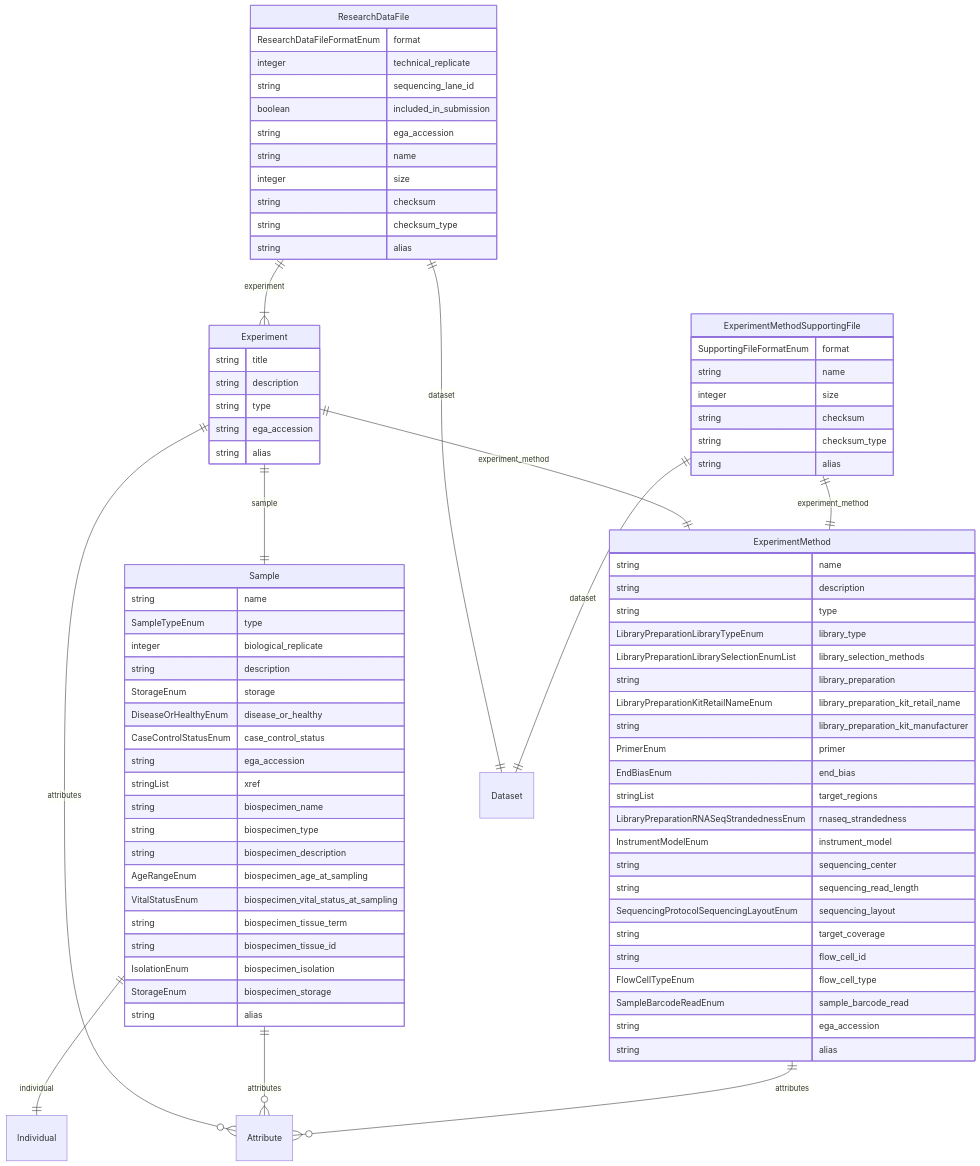
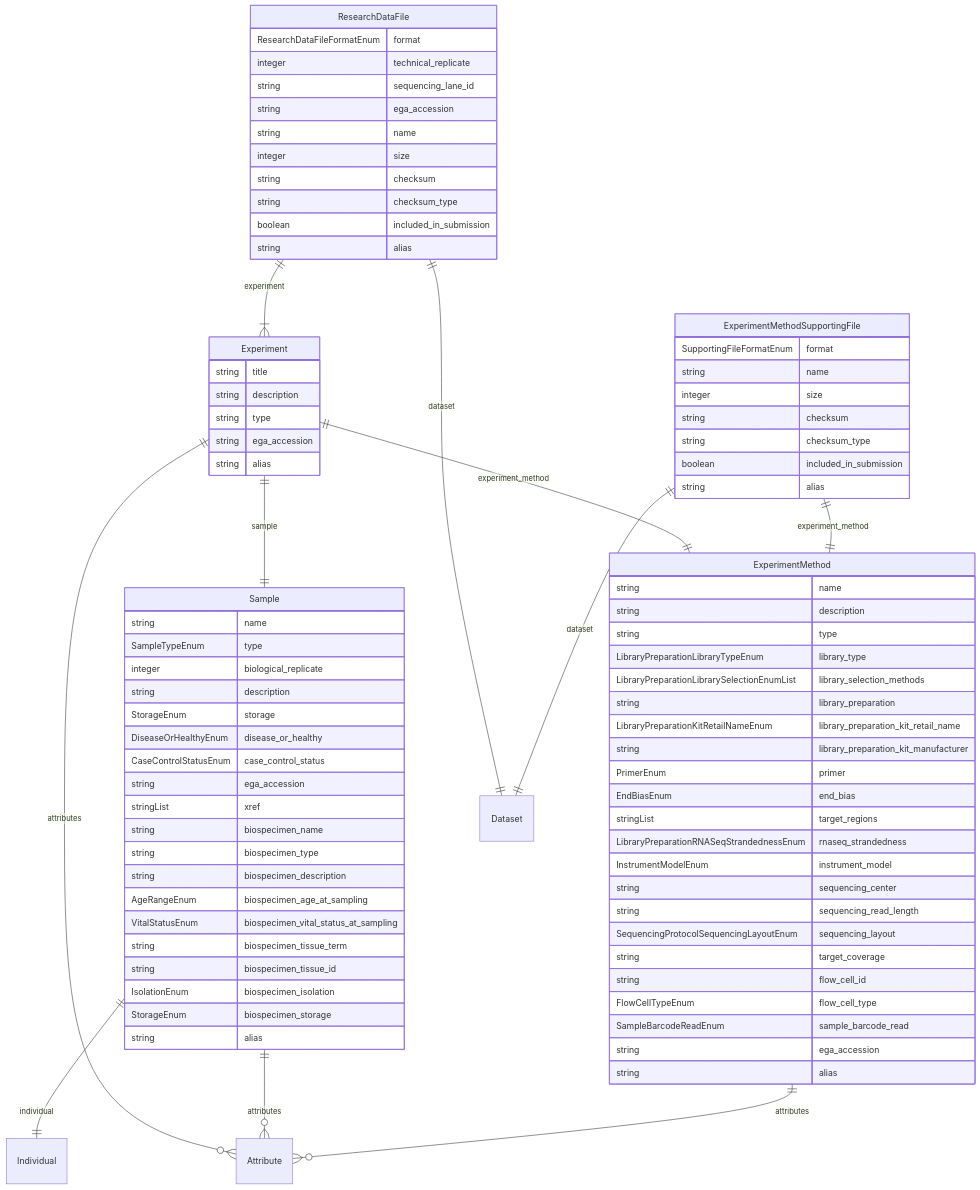
Before and after one commit to ghga-de/ghga-metadata-schema: the fifth of 5 diagrams in docs/entity_relations.md, drawn with Mermaid. The commit also changed other lines of this file and 30 other files, not shown here.

```diff
--- a/docs/entity_relations.md
+++ b/docs/entity_relations.md
@@ -221,6 +223,7 @@
     integer size  
     string checksum  
     string checksum_type  
+    boolean included_in_submission  
     string alias  
 }
 ExperimentMethod {
@@ -251,12 +254,12 @@
     ResearchDataFileFormatEnum format  
     integer technical_replicate  
     string sequencing_lane_id  
-    boolean included_in_submission  
     string ega_accession  
     string name  
     integer size  
     string checksum  
     string checksum_type  
+    boolean included_in_submission  
     string alias  
 }
 Sample {
```
